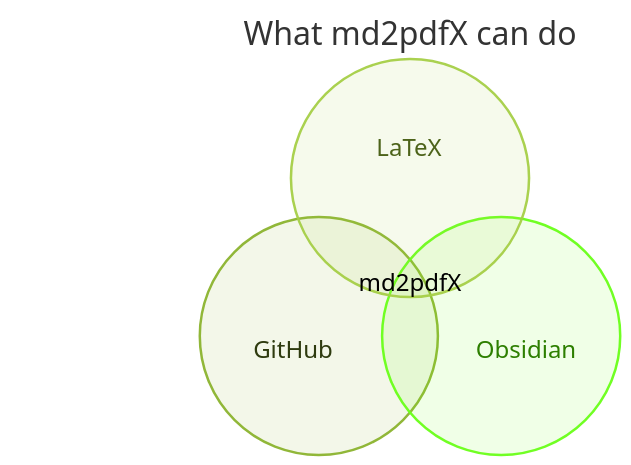
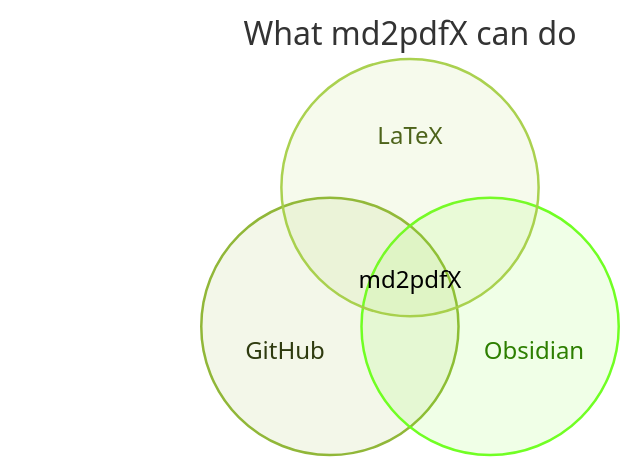
One commit to Kseen715/md2pdfX changed the ninth of 9 diagrams in examples/charts.md. Above: the diagram before and after it, drawn with Mermaid (forest theme). The commit also changed 4 other files, not shown here.

Commit message:
feat(diagrams): enhance venn and C4 diagram rendering; adjust node colors for sankey diagrams

````diff
--- a/examples/charts.md
+++ b/examples/charts.md
@@ -124,11 +124,11 @@
 ```mermaid
 venn-beta
     title What md2pdfX can do
     set A["GitHub"]:20
     set B["Obsidian"]:20
     set C["LaTeX"]:20
-    union A,B:2.5
-    union B,C:2.5
-    union A,C:2.5
-    union A,B,C["md2pdfX"]:1.2
+    union A,B:5
+    union B,C:5
+    union A,C:5
+    union A,B,C["md2pdfX"]:3
 ```
````
